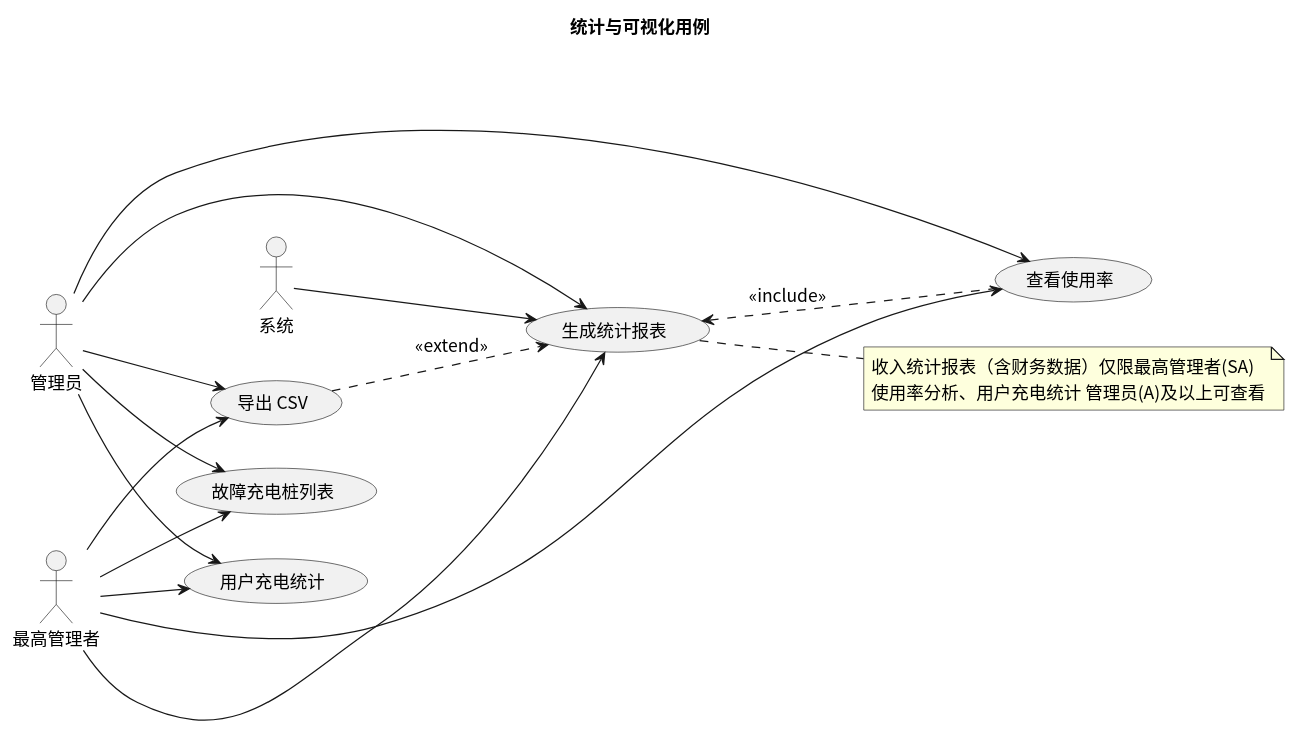
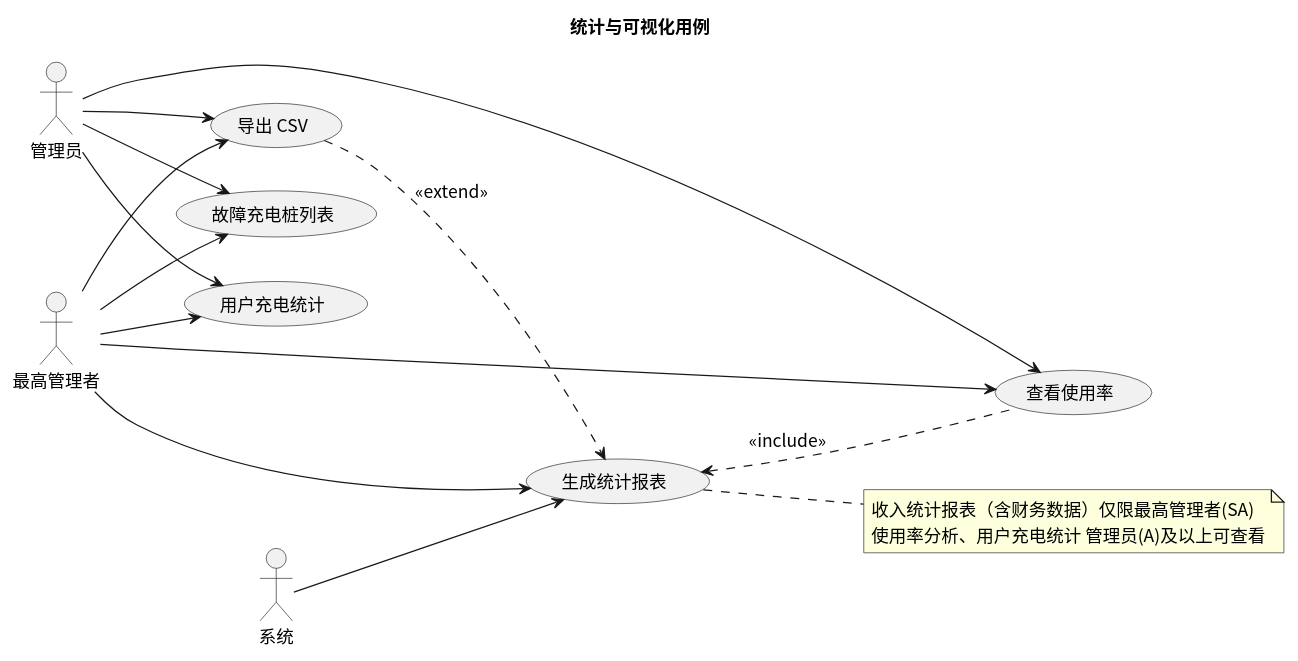
Before and after one commit to greenhandzdl/charging-station-doc: the diagram in usecase/docs/overview/src/analytics.puml, drawn with PlantUML. The commit also changed 5 other files, not shown here.

First line of the commit message:
fix: 第22轮评估修复 — 跨图一致性全面补全（2 MAJOR + 2 MINOR）

```diff
--- a/usecase/docs/overview/src/analytics.puml
+++ b/usecase/docs/overview/src/analytics.puml
@@ -1,34 +1,33 @@
 @startuml
 skinparam defaultFontName "Noto Sans CJK SC"
 skinparam defaultFontSize 14
 title 统计与可视化用例
 left to right direction
 skinparam useCaseShape rectangle
 
 actor "系统" as S
 actor "管理员" as A
 actor "最高管理者" as SA
 
 usecase "生成统计报表" as GR
 usecase "查看使用率" as VU
 usecase "导出 CSV" as EXP
 usecase "用户充电统计" as UCS
 usecase "故障充电桩列表" as FCL
 
 S  --> GR
-A  --> GR
 A  --> VU
 A  --> EXP
 SA --> GR
 SA --> VU
 SA --> EXP
 A  --> FCL
 SA --> FCL
 A  --> UCS
 SA --> UCS
 
 GR <.down. VU : <<include>>
 EXP ..> GR : <<extend>>
 
 note right of GR : 收入统计报表（含财务数据）仅限最高管理者(SA)\n使用率分析、用户充电统计 管理员(A)及以上可查看
 @enduml
```
